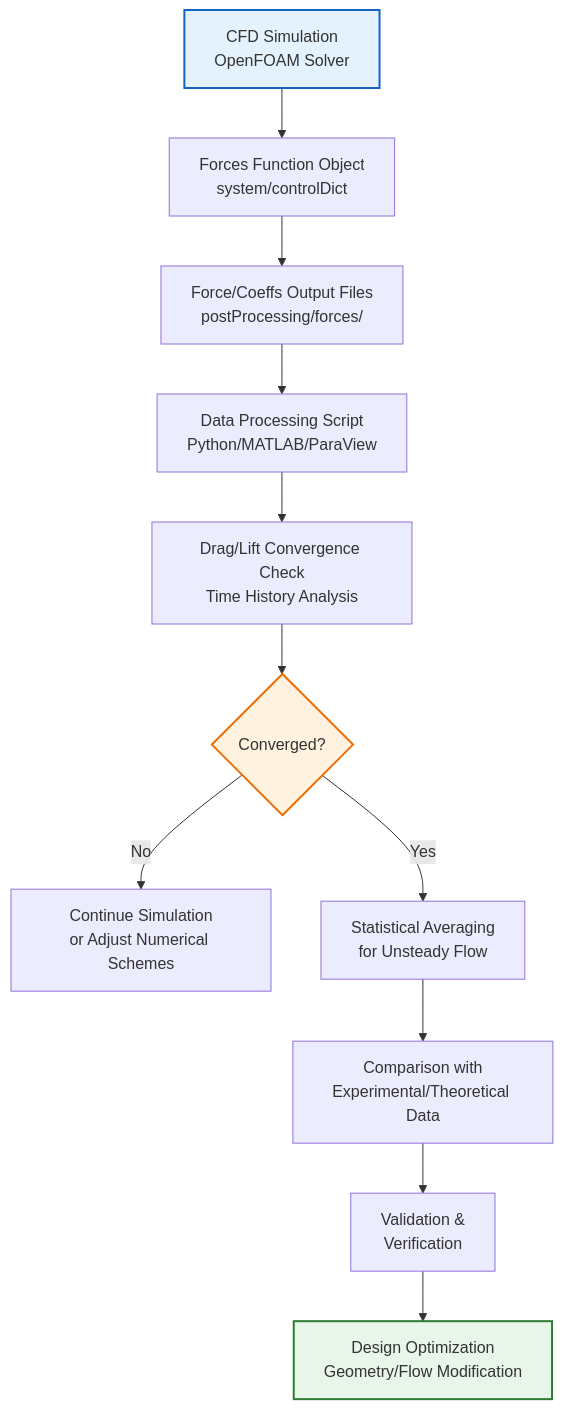
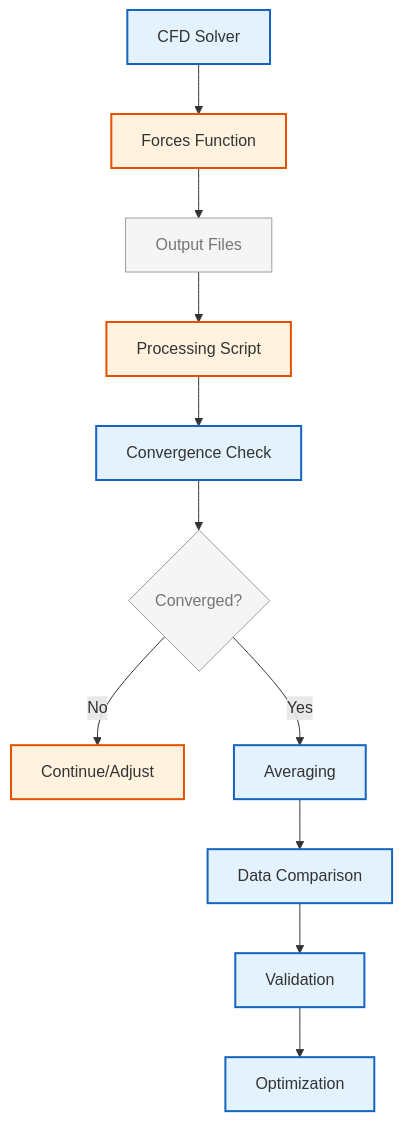
The first of 2 diagrams in MODULE_07_UTILITIES_AUTOMATION/CONTENT/03_POST_PROCESSING/02_Forces_and_Moments.md (wramet/build-my-cfd), drawn with Mermaid before and after one commit. The commit also changed other lines of this file and 313 other files, not shown here.

Commit message:
Revise all diagram

````diff
--- a/MODULE_07_UTILITIES_AUTOMATION/CONTENT/03_POST_PROCESSING/02_Forces_and_Moments.md
+++ b/MODULE_07_UTILITIES_AUTOMATION/CONTENT/03_POST_PROCESSING/02_Forces_and_Moments.md
@@ -316,17 +316,18 @@
 ```mermaid
 flowchart TD
-    A[CFD Simulation<br/>OpenFOAM Solver] --> B[Forces Function Object<br/>system/controlDict]
-    B --> C[Force/Coeffs Output Files<br/>postProcessing/forces/]
-    C --> D[Data Processing Script<br/>Python/MATLAB/ParaView]
-    D --> E[Drag/Lift Convergence Check<br/>Time History Analysis]
-    E --> F{Converged?}
-    F -->|No| G[Continue Simulation<br/>or Adjust Numerical Schemes]
-    F -->|Yes| H[Statistical Averaging<br/>for Unsteady Flow]
-    H --> I[Comparison with<br/>Experimental/Theoretical Data]
-    I --> J[Validation &<br/>Verification]
-    J --> K[Design Optimization<br/>Geometry/Flow Modification]
-
-    style A fill:#e3f2fd,stroke:#1565c0,stroke-width:2px
-    style K fill:#e8f5e9,stroke:#2e7d32,stroke-width:2px
-    style F fill:#fff3e0,stroke:#ef6c00,stroke-width:2px
+%% Classes
+classDef explicit fill:#fff3e0,stroke:#e65100,stroke-width:2px;
+classDef implicit fill:#e3f2fd,stroke:#1565c0,stroke-width:2px;
+classDef context fill:#f5f5f5,stroke:#9e9e9e,stroke-width:1px,color:#757575;
+%% Nodes
+A[CFD Solver]:::implicit --> B[Forces Function]:::explicit
+B --> C[Output Files]:::context
+C --> D[Processing Script]:::explicit
+D --> E[Convergence Check]:::implicit
+E --> F{Converged?}:::context
+F -->|No| G[Continue/Adjust]:::explicit
+F -->|Yes| H[Averaging]:::implicit
+H --> I[Data Comparison]:::implicit
+I --> J[Validation]:::implicit
+J --> K[Optimization]:::implicit
 ```
````
